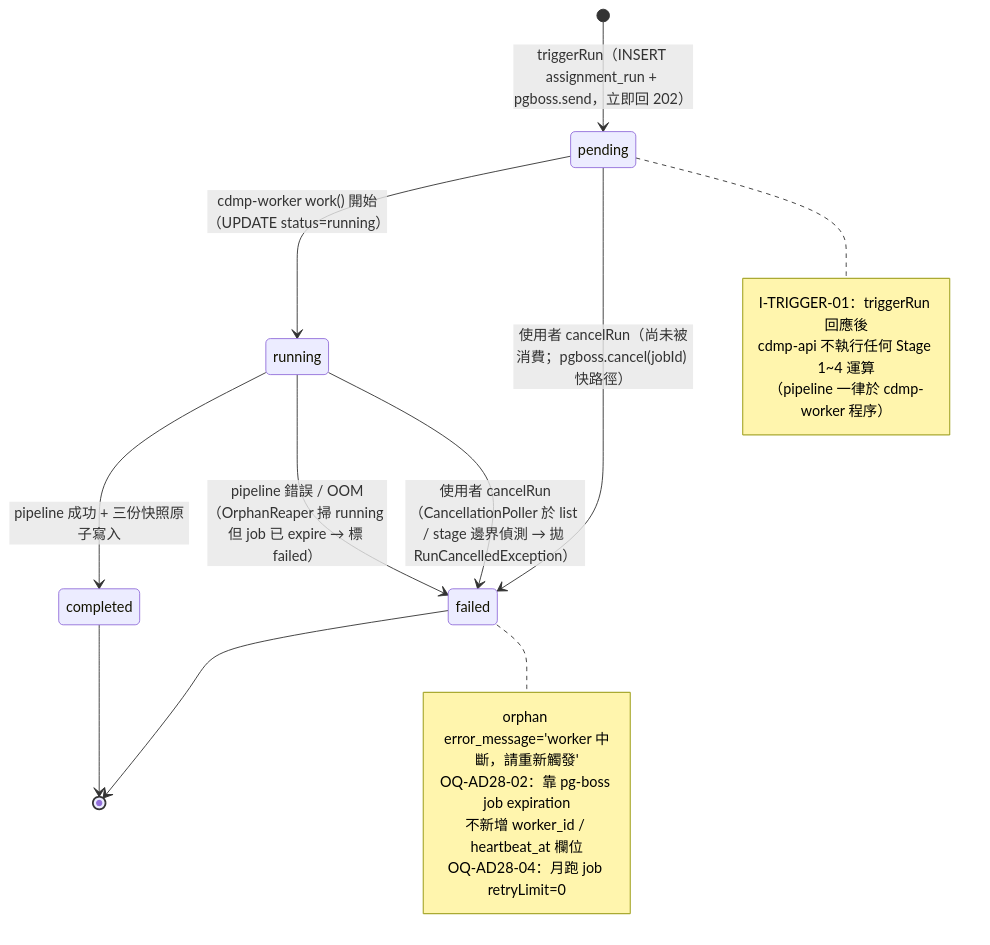
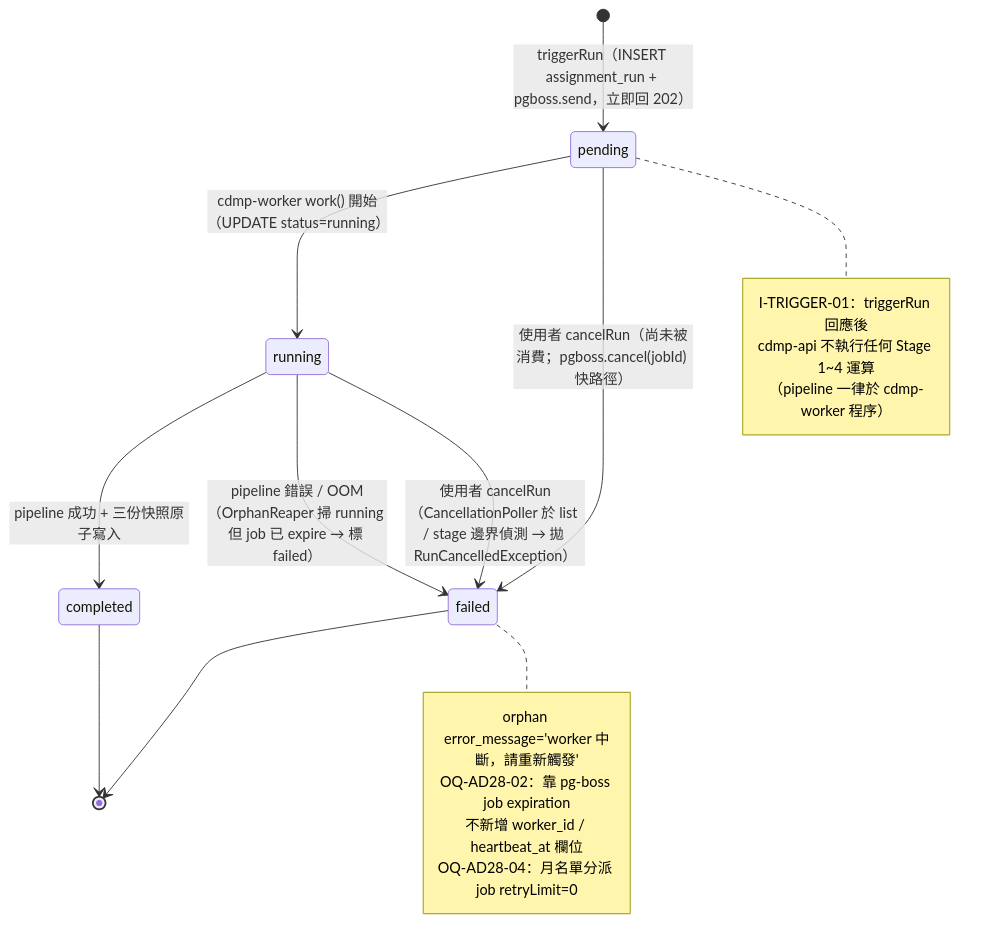
The diagram in docs/specs/diagrams/F098-worker-extraction-flow.mmd (wisewhalesoft/cdmp-mvp), drawn with Mermaid before and after one commit. The commit also changed 283 other files, not shown here.

```diff
--- a/docs/specs/diagrams/F098-worker-extraction-flow.mmd
+++ b/docs/specs/diagrams/F098-worker-extraction-flow.mmd
@@ -1,24 +1,24 @@
-%% F098 月跑 Worker 抽離（AD-E07-28 P1）：triggerRun 入列 pg-boss → cdmp-worker 消費 + cancellation / orphan 回收
+%% F098 月名單分派 Worker 抽離（AD-E07-28 P1）：triggerRun 入列 pg-boss → cdmp-worker 消費 + cancellation / orphan 回收
 %% run 業務狀態機（pending → running → completed / failed）含取消與 orphan 轉移來源
 stateDiagram-v2
     [*] --> pending: triggerRun（INSERT assignment_run + pgboss.send，立即回 202）
     pending --> running: cdmp-worker work() 開始（UPDATE status=running）
     pending --> failed: 使用者 cancelRun（尚未被消費；pgboss.cancel(jobId) 快路徑）
     running --> completed: pipeline 成功 + 三份快照原子寫入
     running --> failed: pipeline 錯誤 / OOM（OrphanReaper 掃 running 但 job 已 expire → 標 failed）
     running --> failed: 使用者 cancelRun（CancellationPoller 於 list / stage 邊界偵測 → 拋 RunCancelledException）
     completed --> [*]
     failed --> [*]
 
     note right of pending
         I-TRIGGER-01：triggerRun 回應後
         cdmp-api 不執行任何 Stage 1~4 運算
         （pipeline 一律於 cdmp-worker 程序）
     end note
 
     note right of failed
         orphan error_message='worker 中斷，請重新觸發'
         OQ-AD28-02：靠 pg-boss job expiration
         不新增 worker_id / heartbeat_at 欄位
-        OQ-AD28-04：月跑 job retryLimit=0
+        OQ-AD28-04：月名單分派 job retryLimit=0
     end note
```
